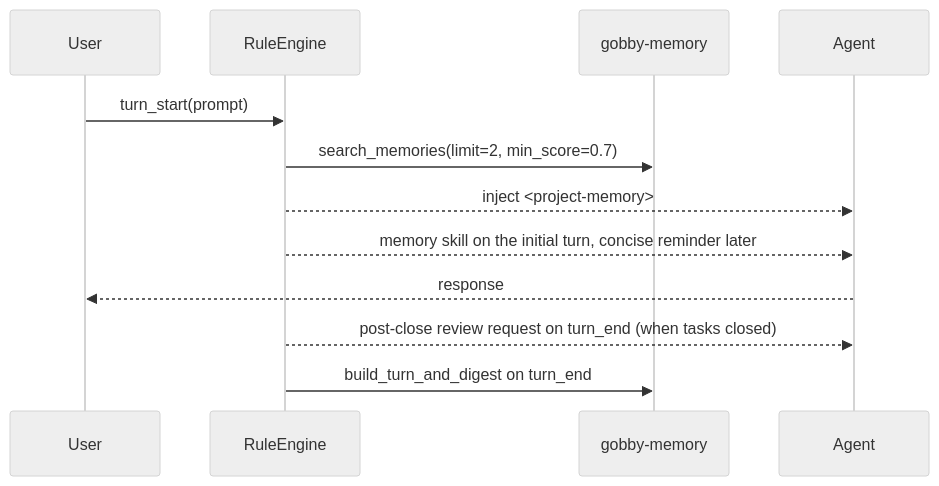
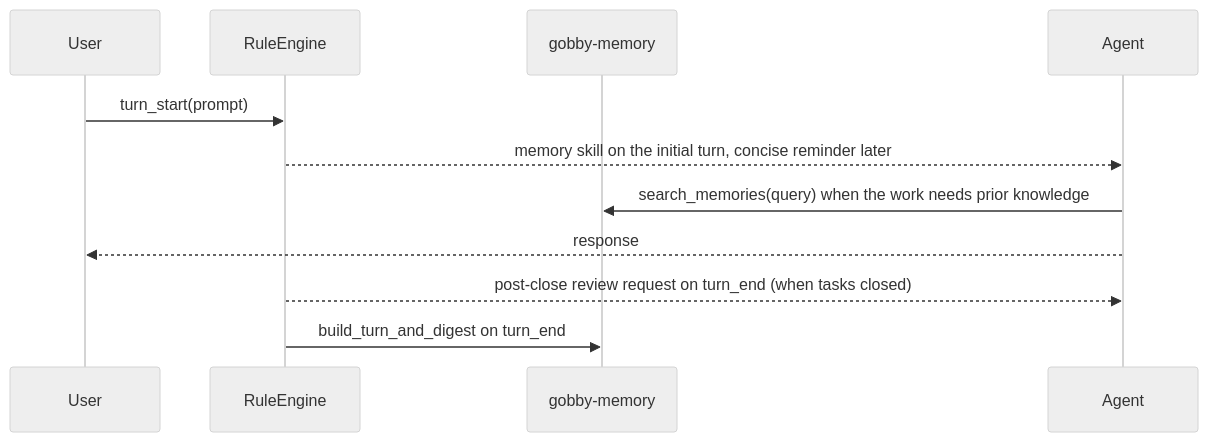
One commit to GobbyAI/gobby changed the second of 2 diagrams in docs/guides/memory.md. Above: the diagram before and after it, drawn with Mermaid (neutral theme). The commit also changed other lines of this file and 62 other files, not shown here.

````diff
--- a/docs/guides/memory.md
+++ b/docs/guides/memory.md
@@ -374,15 +373,14 @@
 ```mermaid
 sequenceDiagram
     participant User
     participant RuleEngine
     participant Memory as gobby-memory
     participant Agent
 
     User->>RuleEngine: turn_start(prompt)
-    RuleEngine->>Memory: search_memories(limit=2, min_score=0.7)
-    RuleEngine-->>Agent: inject <project-memory>
     RuleEngine-->>Agent: memory skill on the initial turn, concise reminder later
+    Agent->>Memory: search_memories(query) when the work needs prior knowledge
     Agent-->>User: response
     RuleEngine-->>Agent: post-close review request on turn_end (when tasks closed)
     RuleEngine->>Memory: build_turn_and_digest on turn_end
 ```
````
